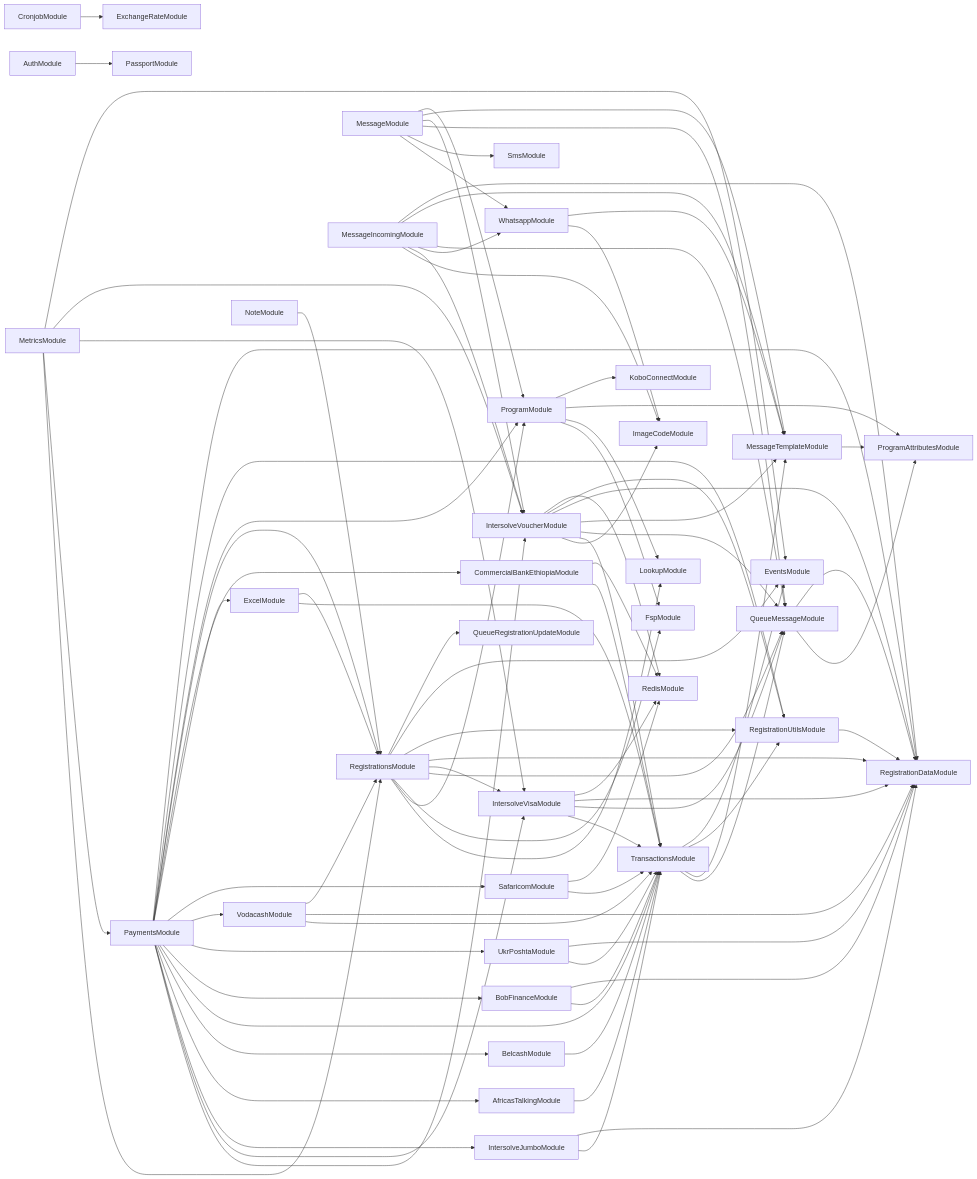
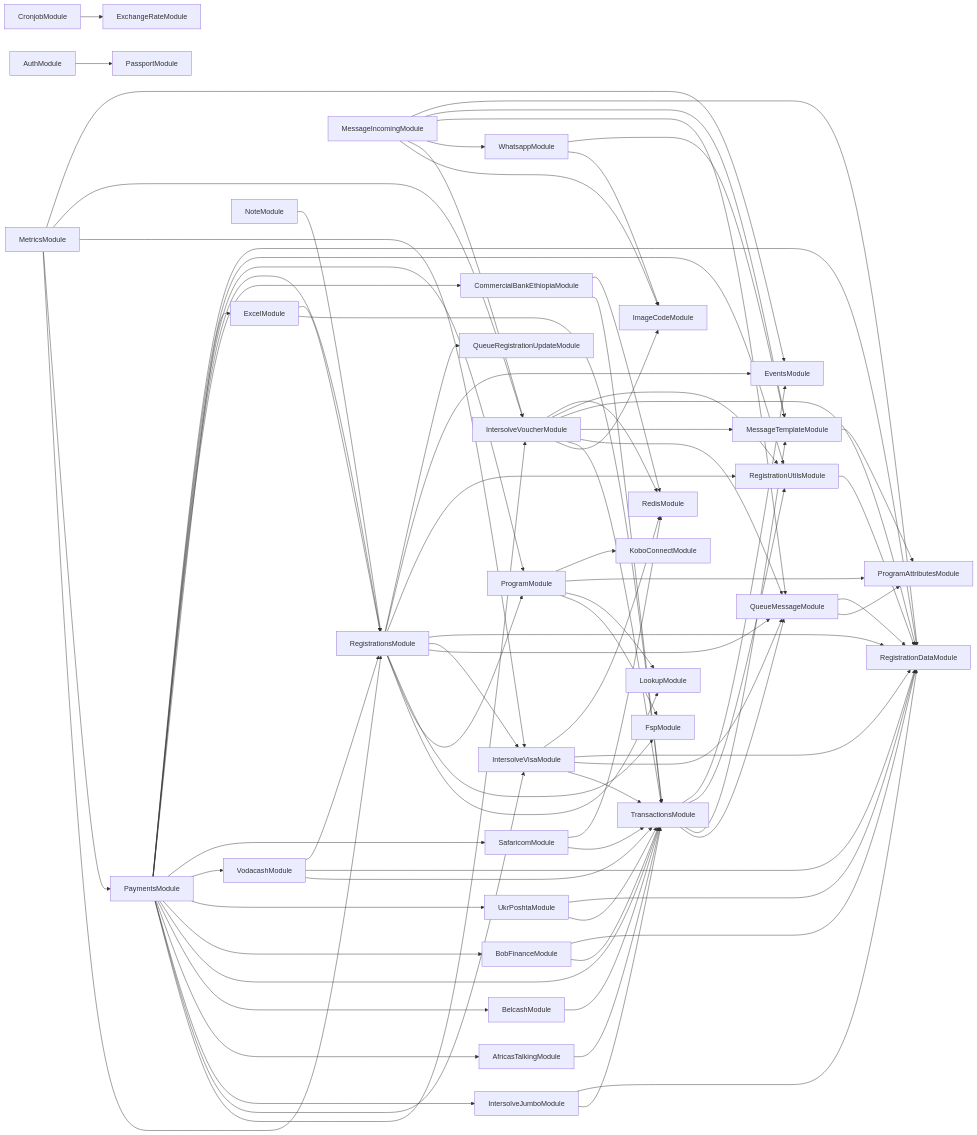
The diagram in services/121-service/module-dependencies.md (global-121/121-platform), drawn with Mermaid before and after one commit. The commit also changed 1 other file, not shown here.

Commit message:
Refactor: remove useless module dependencies from app module

````diff
--- a/services/121-service/module-dependencies.md
+++ b/services/121-service/module-dependencies.md
@@ -3,11 +3,12 @@
 ```mermaid
 graph LR
+  CronjobModule-->ExchangeRateModule
+  MessageTemplateModule-->ProgramAttributesModule
   ProgramModule-->FspModule
   ProgramModule-->LookupModule
   ProgramModule-->ProgramAttributesModule
   ProgramModule-->KoboConnectModule
-  MessageTemplateModule-->ProgramAttributesModule
-  CronjobModule-->ExchangeRateModule
+  MetricsModule-->RegistrationsModule
   RegistrationsModule-->LookupModule
   RegistrationsModule-->ProgramModule
   RegistrationsModule-->FspModule
@@ -28,12 +29,8 @@
   RegistrationsModule-->RegistrationUtilsModule
   RegistrationsModule-->EventsModule
   RegistrationsModule-->QueueRegistrationUpdateModule
-  MessageModule-->WhatsappModule
-  WhatsappModule-->ImageCodeModule
-  WhatsappModule-->MessageTemplateModule
-  MessageModule-->SmsModule
-  MessageModule-->QueueMessageModule
-  MessageModule-->IntersolveVoucherModule
+  MetricsModule-->PaymentsModule
+  PaymentsModule-->IntersolveVoucherModule
   IntersolveVoucherModule-->ImageCodeModule
   IntersolveVoucherModule-->TransactionsModule
   IntersolveVoucherModule-->QueueMessageModule
@@ -41,11 +38,6 @@
   IntersolveVoucherModule-->RegistrationDataModule
   IntersolveVoucherModule-->RegistrationUtilsModule
   IntersolveVoucherModule-->RedisModule
-  MessageModule-->MessageTemplateModule
-  MessageModule-->ProgramModule
-  MetricsModule-->RegistrationsModule
-  MetricsModule-->PaymentsModule
-  PaymentsModule-->IntersolveVoucherModule
   PaymentsModule-->IntersolveVisaModule
   PaymentsModule-->IntersolveJumboModule
   IntersolveJumboModule-->TransactionsModule
@@ -84,6 +76,8 @@
   MessageIncomingModule-->ImageCodeModule
   MessageIncomingModule-->IntersolveVoucherModule
   MessageIncomingModule-->WhatsappModule
+  WhatsappModule-->ImageCodeModule
+  WhatsappModule-->MessageTemplateModule
   MessageIncomingModule-->QueueMessageModule
   MessageIncomingModule-->MessageTemplateModule
   MessageIncomingModule-->RegistrationDataModule
````
